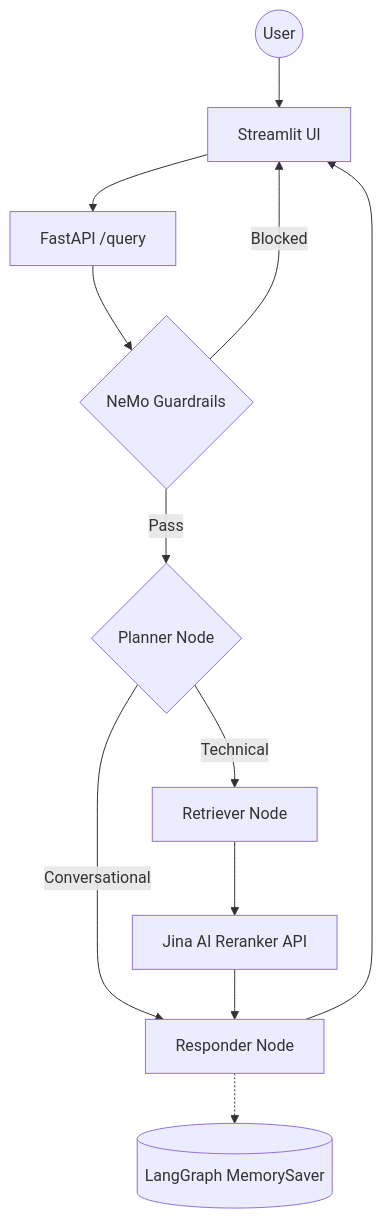
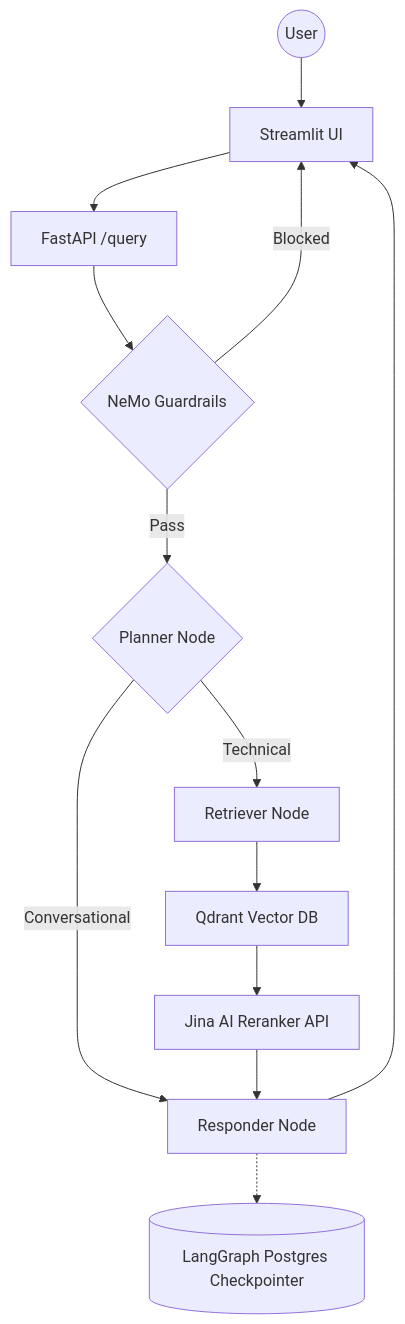
One commit to AnupamPatil899/Legal-RAG changed the diagram in README.md. Above: the diagram before and after it, drawn with Mermaid. The commit also changed other lines of this file and 2 other files, not shown here.

````diff
--- a/README.md
+++ b/README.md
@@ -23,14 +23,15 @@
 ```mermaid
 graph TD
     User((User)) --> UI[Streamlit UI]
     UI --> API[FastAPI /query]
     API --> Guard{NeMo Guardrails}
     Guard -->|Blocked| UI
     Guard -->|Pass| Planner{Planner Node}
     Planner -->|Conversational| Responder[Responder Node]
     Planner -->|Technical| Retriever[Retriever Node]
-    Retriever --> Reranker[Jina AI Reranker API]
+    Retriever --> Qdrant[Qdrant Vector DB]
+    Qdrant --> Reranker[Jina AI Reranker API]
     Reranker --> Responder
     Responder --> UI
-    Responder -.-> Memory[(LangGraph MemorySaver)]
+    Responder -.-> Memory[(LangGraph Postgres Checkpointer)]
 ```
````
